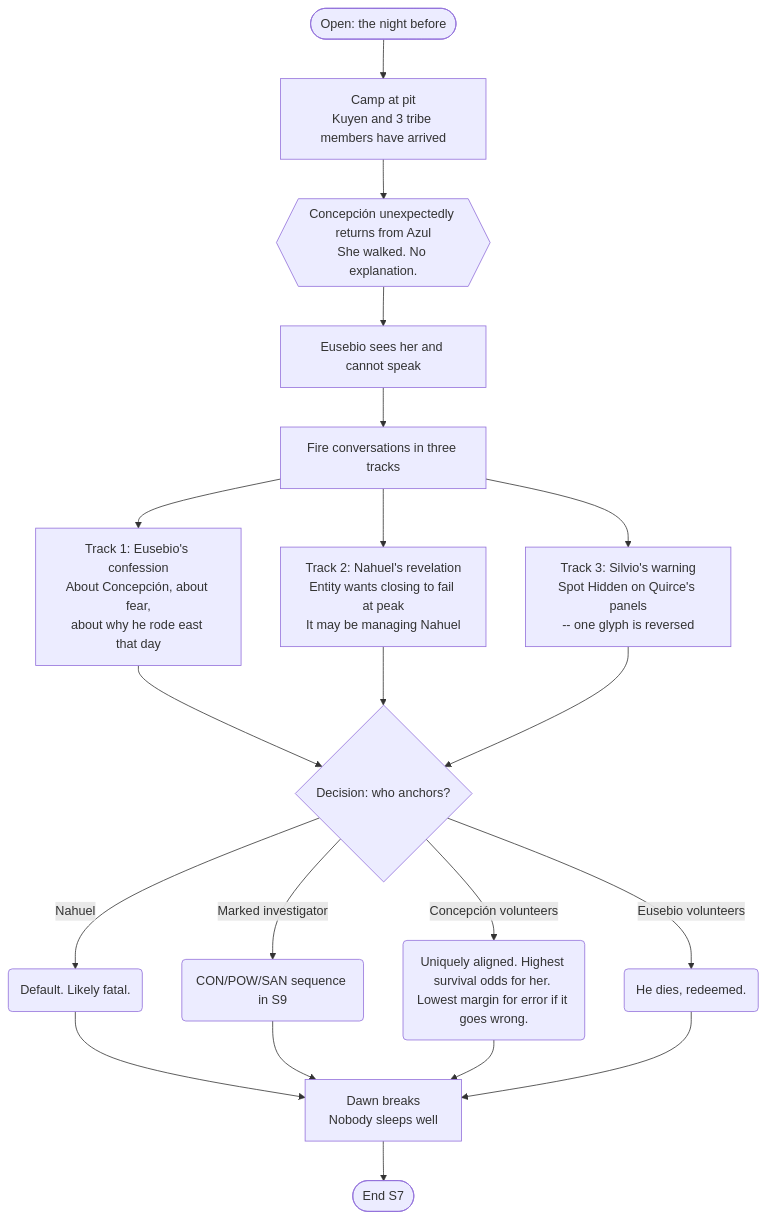
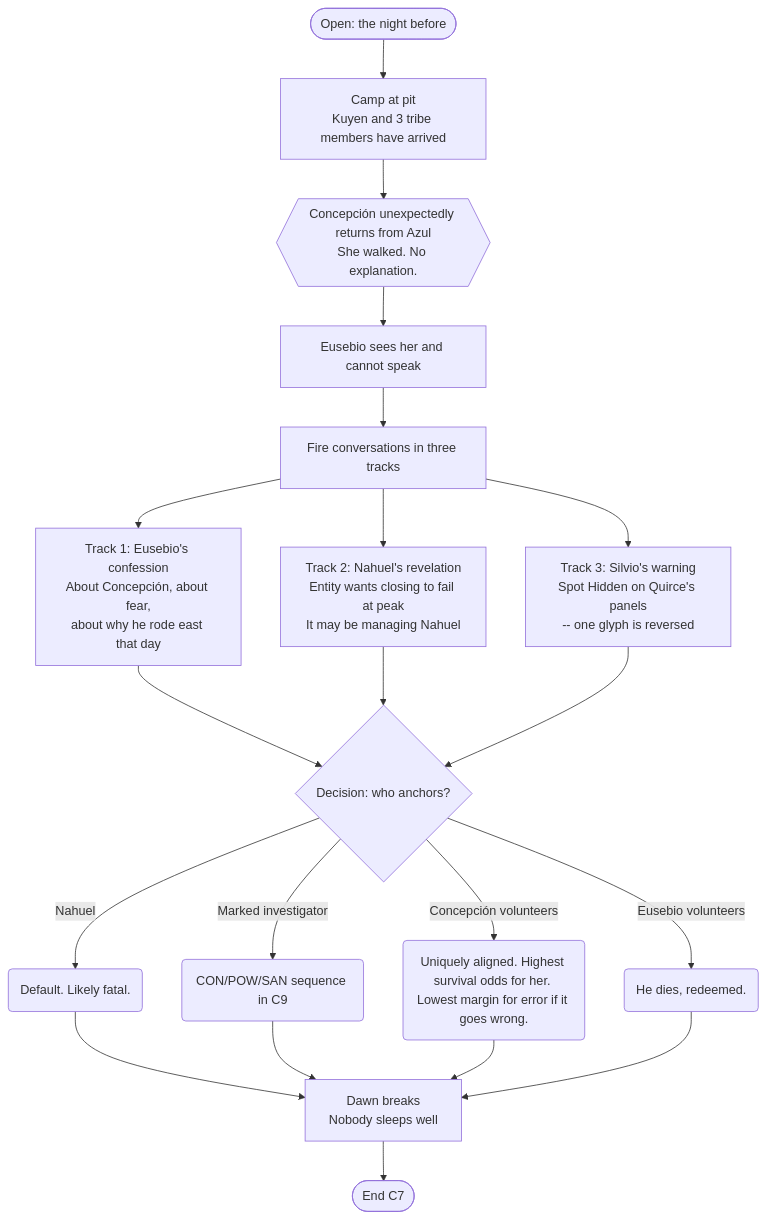
One commit to lucas-tortora/gauchulu changed the ninth of 14 diagrams in REF-FlowMap.md. Above: the diagram before and after it, drawn with Mermaid. The commit also changed other lines of this file and 39 other files, not shown here.

````diff
--- a/REF-FlowMap.md
+++ b/REF-FlowMap.md
@@ -321,17 +321,17 @@
 ```mermaid
 flowchart TD
     O7([Open: the night before]) --> A[Camp at pit<br/>Kuyen and 3 tribe members have arrived]
     A --> B{{Concepción unexpectedly returns from Azul<br/>She walked. No explanation.}}
     B --> C[Eusebio sees her and cannot speak]
     C --> D[Fire conversations in three tracks]
     D --> E1[Track 1: Eusebio's confession<br/>About Concepción, about fear,<br/>about why he rode east that day]
     D --> E2[Track 2: Nahuel's revelation<br/>Entity wants closing to fail at peak<br/>It may be managing Nahuel]
     D --> E3[Track 3: Silvio's warning<br/>Spot Hidden on Quirce's panels<br/>-- one glyph is reversed]
     E1 & E2 & E3 --> F{Decision: who anchors?}
     F -->|Nahuel| G1(Default. Likely fatal.)
-    F -->|Marked investigator| G2(CON/POW/SAN sequence in S9)
+    F -->|Marked investigator| G2(CON/POW/SAN sequence in C9)
     F -->|Concepción volunteers| G3(Uniquely aligned. Highest survival odds for her. Lowest margin for error if it goes wrong.)
     F -->|Eusebio volunteers| G4(He dies, redeemed.)
     G1 & G2 & G3 & G4 --> H[Dawn breaks<br/>Nobody sleeps well]
-    H --> End7([End S7])
+    H --> End7([End C7])
 ```
````
